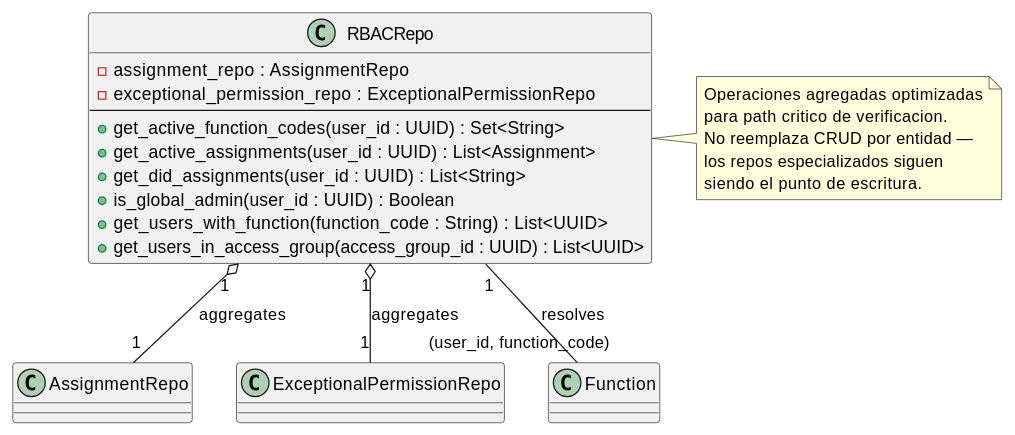
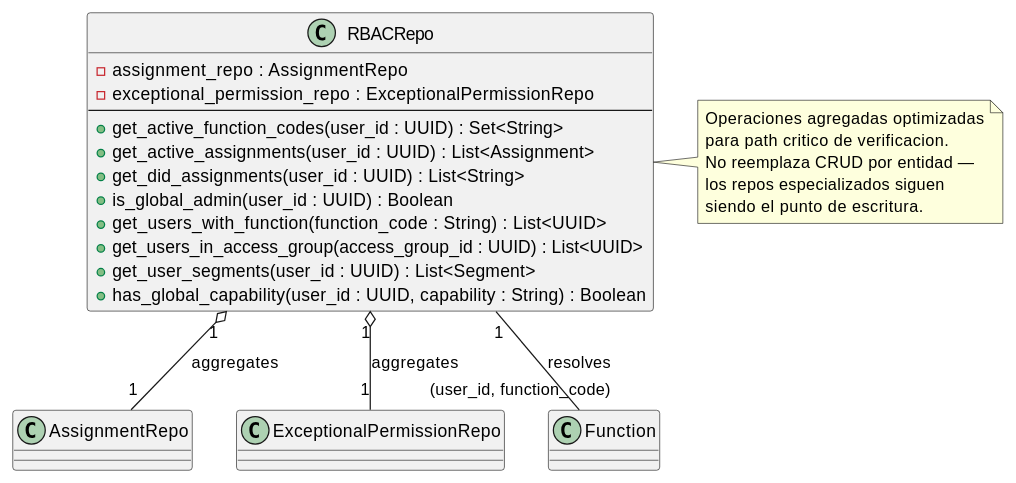
The diagram in source/arquitectura-tecnica/domain-model/rbac-repo.rst (jcg-admin/IACT-docs), drawn with PlantUML before and after one commit. The commit also changed 6 other files, not shown here.

```diff
--- a/source/arquitectura-tecnica/domain-model/rbac-repo.rst
+++ b/source/arquitectura-tecnica/domain-model/rbac-repo.rst
@@ -31,35 +31,37 @@
 .. uml::
  :caption: Clase RBACRepo — consultas agregadas para
            verificación RBAC.
 
  @startuml
 
  class RBACRepo {
    - assignment_repo : AssignmentRepo
    - exceptional_permission_repo : ExceptionalPermissionRepo
    --
    + get_active_function_codes(user_id : UUID) : Set<String>
    + get_active_assignments(user_id : UUID) : List<Assignment>
    + get_did_assignments(user_id : UUID) : List<String>
    + is_global_admin(user_id : UUID) : Boolean
    + get_users_with_function(function_code : String) : List<UUID>
    + get_users_in_access_group(access_group_id : UUID) : List<UUID>
+   + get_user_segments(user_id : UUID) : List<Segment>
+   + has_global_capability(user_id : UUID, capability : String) : Boolean
  }
 
  class AssignmentRepo
  class ExceptionalPermissionRepo
  class Function
 
  RBACRepo "1" o-- "1" AssignmentRepo : aggregates
  RBACRepo "1" o-- "1" ExceptionalPermissionRepo : aggregates
  RBACRepo "1" -- "(user_id, function_code)" Function : resolves
 
  note right of RBACRepo
    Operaciones agregadas optimizadas
    para path critico de verificacion.
    No reemplaza CRUD por entidad —
    los repos especializados siguen
    siendo el punto de escritura.
  end note
 
  @enduml
```
